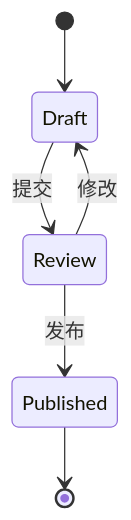
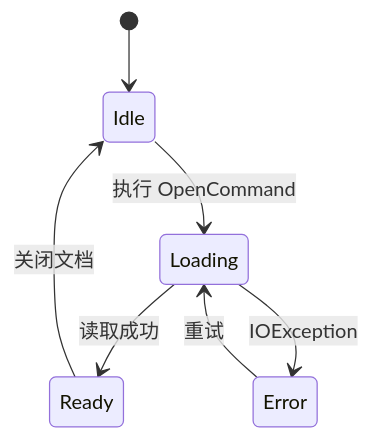
One commit to dotnet9/Vex changed the third of 24 diagrams in docs/演示文档/Mermaid 图表图鉴.md. Above: the diagram before and after it, drawn with Mermaid. The commit also changed other lines of this file and 23 other files, not shown here.

Commit message:
完善(演示文档)：围绕 .NET 与 Avalonia 重编示例并补齐 24 类图表

````diff
--- a/docs/演示文档/Mermaid 图表图鉴.md
+++ b/docs/演示文档/Mermaid 图表图鉴.md
@@ -37,8 +39,9 @@
 ```mermaid
 stateDiagram-v2
-  [*] --> Draft
-  Draft --> Review: 提交
-  Review --> Draft: 修改
-  Review --> Published: 发布
-  Published --> [*]
+  [*] --> Idle
+  Idle --> Loading: 执行 OpenCommand
+  Loading --> Ready: 读取成功
+  Loading --> Error: IOException
+  Error --> Loading: 重试
+  Ready --> Idle: 关闭文档
 ```
````
